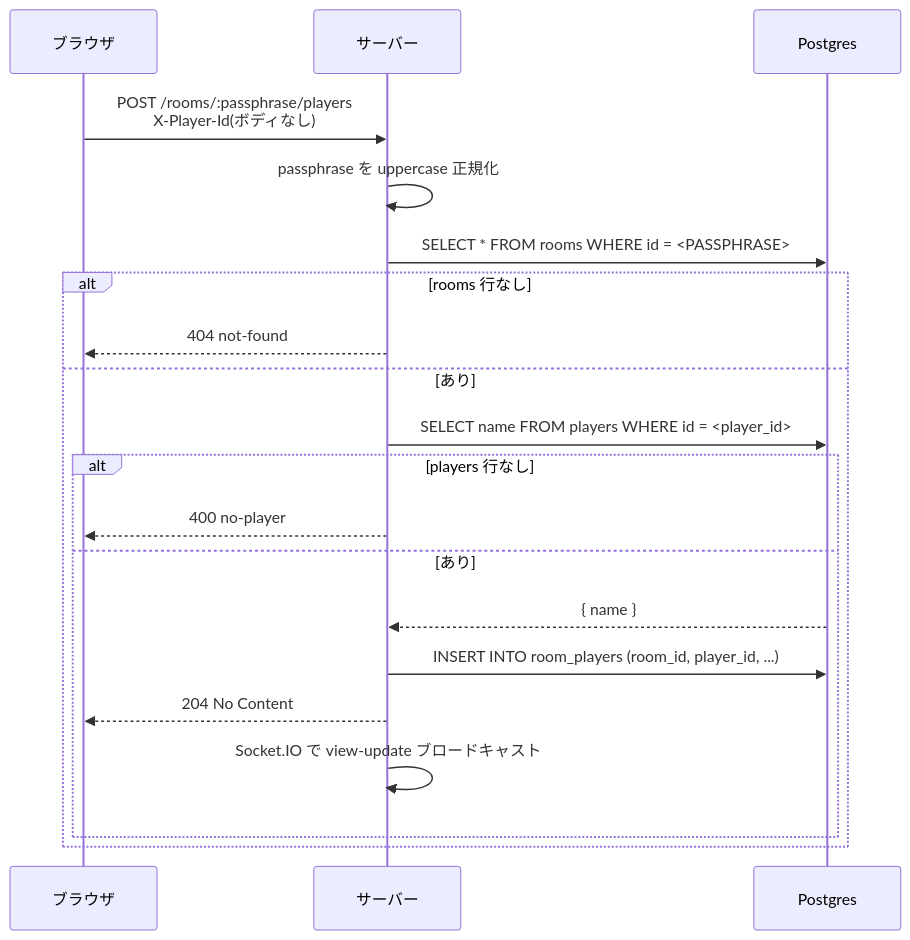
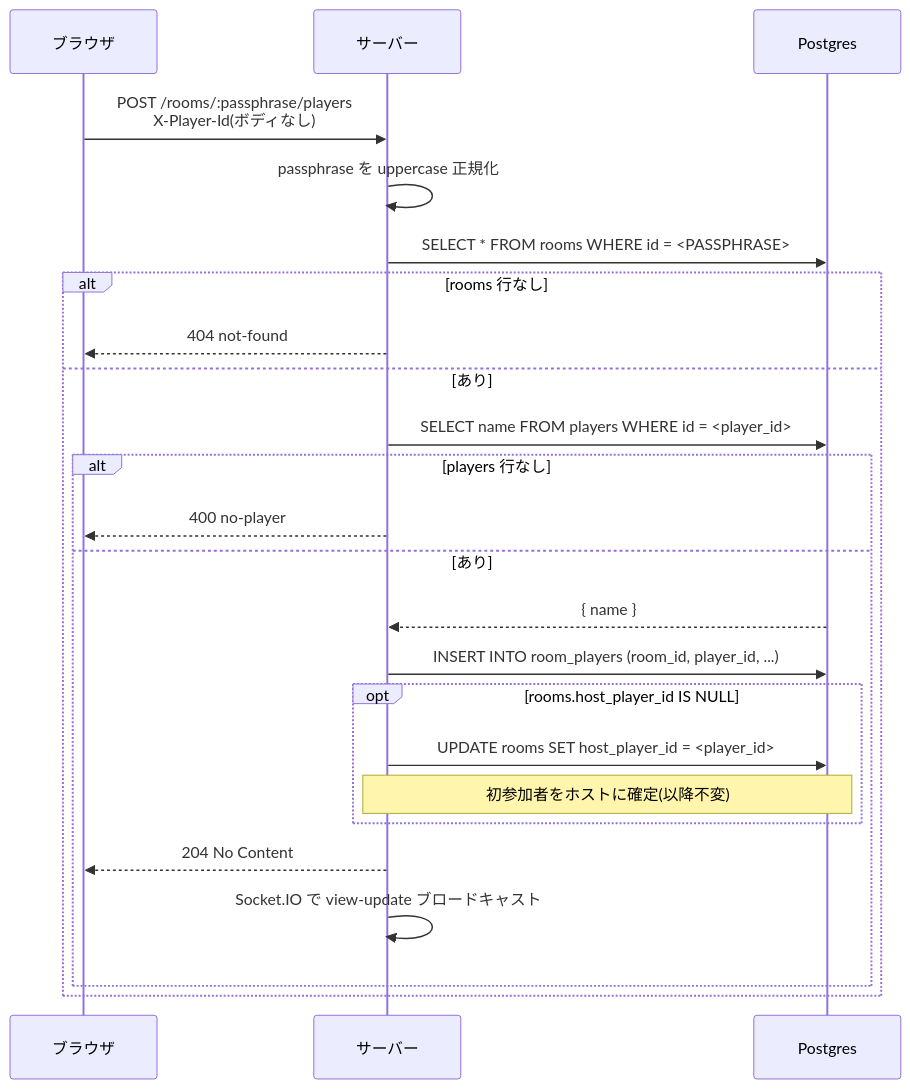
One commit to calm1205/bluff-auction changed the fourth of 5 diagrams in docs/design/06_authentication.md. Above: the diagram before and after it, drawn with Mermaid. The commit also changed other lines of this file, not shown here.

````diff
--- a/docs/design/06_authentication.md
+++ b/docs/design/06_authentication.md
@@ -146,23 +146,27 @@
 ```mermaid
 sequenceDiagram
     participant B as ブラウザ
     participant S as サーバー
     participant DB as Postgres
 
     B->>S: POST /rooms/:passphrase/players<br/>X-Player-Id(ボディなし)
     S->>S: passphrase を uppercase 正規化
     S->>DB: SELECT * FROM rooms WHERE id = <PASSPHRASE>
     alt rooms 行なし
         S-->>B: 404 not-found
     else あり
         S->>DB: SELECT name FROM players WHERE id = <player_id>
         alt players 行なし
             S-->>B: 400 no-player
         else あり
             DB-->>S: { name }
             S->>DB: INSERT INTO room_players (room_id, player_id, ...)
+            opt rooms.host_player_id IS NULL
+                S->>DB: UPDATE rooms SET host_player_id = <player_id>
+                Note over S,DB: 初参加者をホストに確定(以降不変)
+            end
             S-->>B: 204 No Content
             S->>S: Socket.IO で view-update ブロードキャスト
         end
     end
 ```
````
